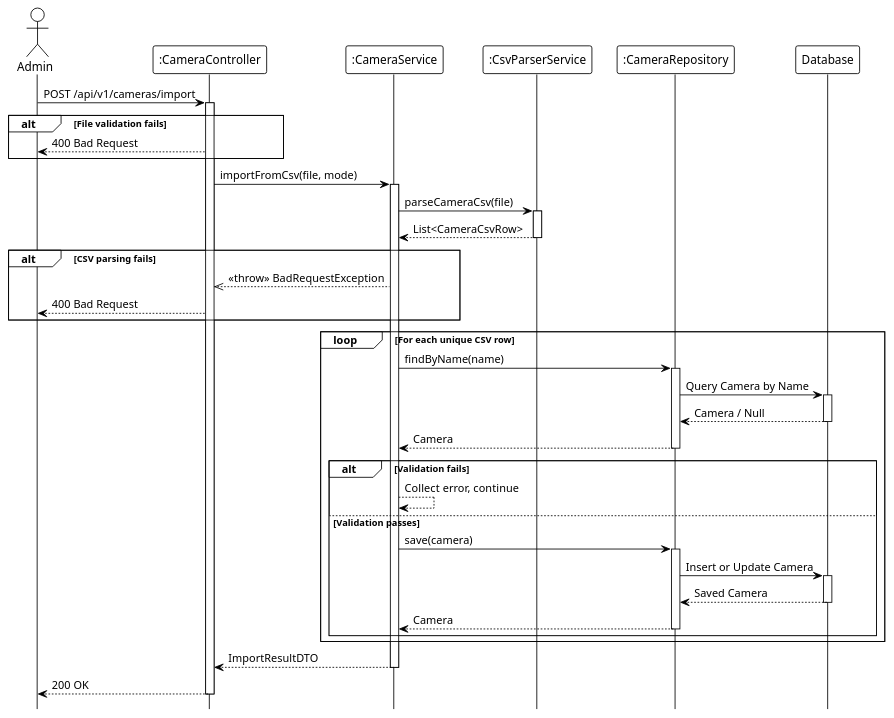
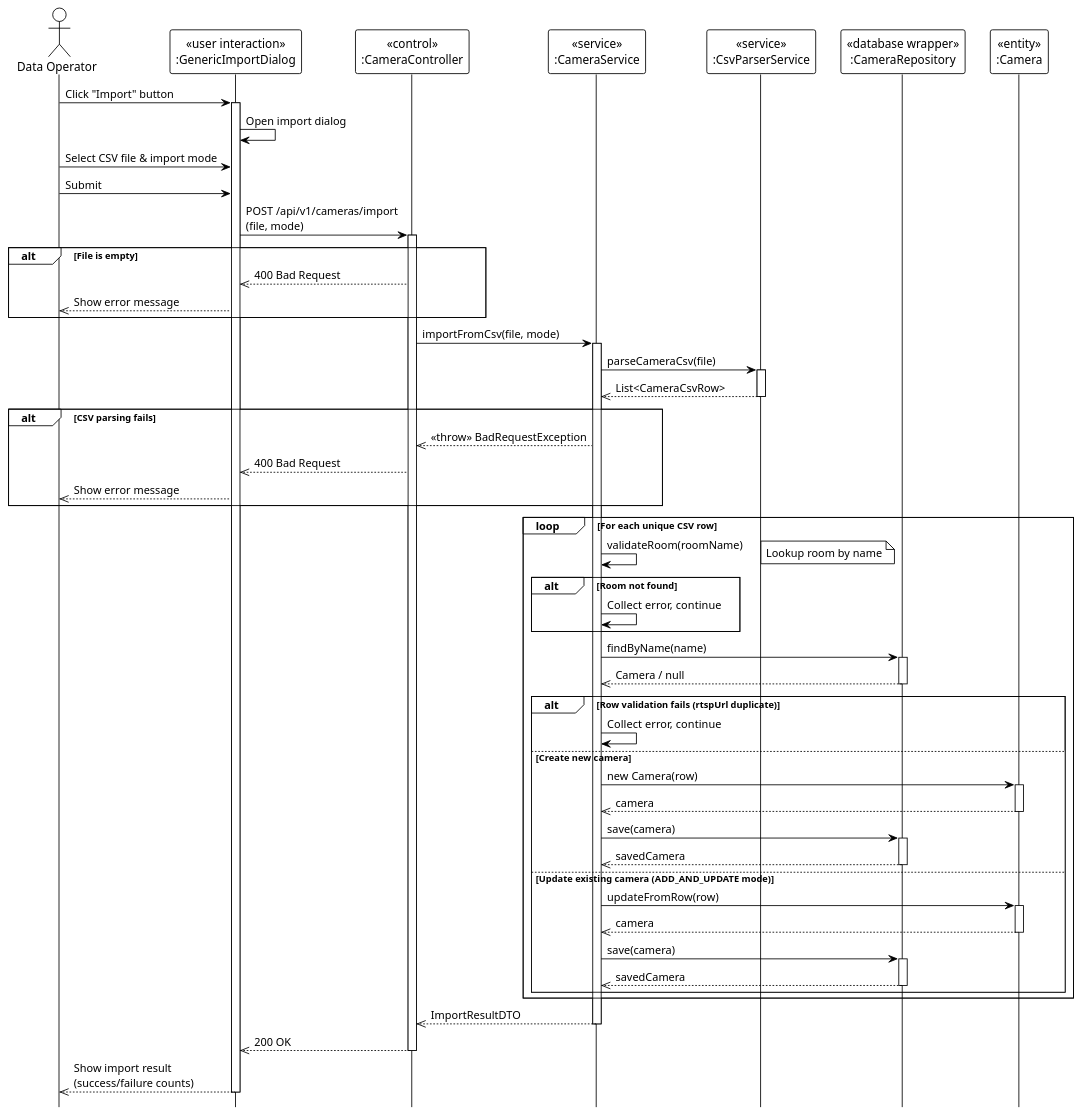
Before and after one commit to Ndh474/context: the diagram in system_detailed_design/66_import_csv_camera/sequence_diagram_import_csv_camera.puml, drawn with PlantUML. The commit also changed 6 other files, not shown here.

Commit message:
docs(system_detailed_design): add UML stereotypes to camera sequence diagrams

```diff
--- a/system_detailed_design/66_import_csv_camera/sequence_diagram_import_csv_camera.puml
+++ b/system_detailed_design/66_import_csv_camera/sequence_diagram_import_csv_camera.puml
@@ -1,80 +1,94 @@
 @startuml import_csv_camera
 !theme plain
 hide footbox
 
-actor Admin
-participant ":CameraController" as Controller
-participant ":CameraService" as Service
-participant ":CsvParserService" as CsvParser
-participant ":CameraRepository" as Repository
-participant "Database" as DB
+actor "Data Operator" as DataOperator
 
-' --- MAIN FLOW ---
-Admin -> Controller: POST /api/v1/cameras/import
+participant "«user interaction»\n:GenericImportDialog" as UI
+participant "«control»\n:CameraController" as Controller
+participant "«service»\n:CameraService" as Service
+participant "«service»\n:CsvParserService" as CsvParser
+participant "«database wrapper»\n:CameraRepository" as Repository
+participant "«entity»\n:Camera" as Entity
+
+' === MAIN FLOW ===
+DataOperator -> UI: Click "Import" button
+activate UI
+
+UI -> UI: Open import dialog
+
+DataOperator -> UI: Select CSV file & import mode
+
+DataOperator -> UI: Submit
+UI -> Controller: POST /api/v1/cameras/import\n(file, mode)
 activate Controller
 
-' File validation (internal)
-
-alt File validation fails
-    Controller --> Admin: 400 Bad Request
+alt File is empty
+    Controller -->> UI: 400 Bad Request
+    UI -->> DataOperator: Show error message
 end
 
 Controller -> Service: importFromCsv(file, mode)
 activate Service
 
-' --- PARSE CSV ---
+' === PARSE CSV ===
 Service -> CsvParser: parseCameraCsv(file)
 activate CsvParser
-
-CsvParser --> Service: List<CameraCsvRow>
+CsvParser -->> Service: List<CameraCsvRow>
 deactivate CsvParser
 
 alt CSV parsing fails
     Service -->> Controller: <<throw>> BadRequestException
-    Controller --> Admin: 400 Bad Request
+    Controller -->> UI: 400 Bad Request
+    UI -->> DataOperator: Show error message
 end
 
-' CSV deduplication (internal)
+' === BATCH PROCESSING ===
+loop For each unique CSV row
+    Service -> Service: validateRoom(roomName)
+    note right: Lookup room by name
 
-' --- BATCH PROCESSING LOOP ---
-loop For each unique CSV row
-    ' Row validation (internal: room validation, name/RTSP URL uniqueness)
+    alt Room not found
+        Service -> Service: Collect error, continue
+    end
 
     Service -> Repository: findByName(name)
     activate Repository
-    
-    Repository -> DB: Query Camera by Name
-    activate DB
-    DB --> Repository: Camera / Null
-    deactivate DB
-    
-    Repository --> Service: Camera
+    Repository -->> Service: Camera / null
     deactivate Repository
-    
-    ' Business logic: create or update based on mode (internal)
-    
-    alt Validation fails
-        Service --> Service: Collect error, continue
-    else Validation passes
+
+    alt Row validation fails (rtspUrl duplicate)
+        Service -> Service: Collect error, continue
+    else Create new camera
+        Service -> Entity: new Camera(row)
+        activate Entity
+        Entity -->> Service: camera
+        deactivate Entity
+
         Service -> Repository: save(camera)
         activate Repository
-        
-        Repository -> DB: Insert or Update Camera
-        activate DB
-        DB --> Repository: Saved Camera
-        deactivate DB
-        
-        Repository --> Service: Camera
+        Repository -->> Service: savedCamera
+        deactivate Repository
+    else Update existing camera (ADD_AND_UPDATE mode)
+        Service -> Entity: updateFromRow(row)
+        activate Entity
+        Entity -->> Service: camera
+        deactivate Entity
+
+        Service -> Repository: save(camera)
+        activate Repository
+        Repository -->> Service: savedCamera
         deactivate Repository
     end
 end
 
-' Build result with success/failure counts (internal)
-
-Service --> Controller: ImportResultDTO
+Service -->> Controller: ImportResultDTO
 deactivate Service
 
-Controller --> Admin: 200 OK
+Controller -->> UI: 200 OK
 deactivate Controller
 
+UI -->> DataOperator: Show import result\n(success/failure counts)
+deactivate UI
+
 @enduml
```
